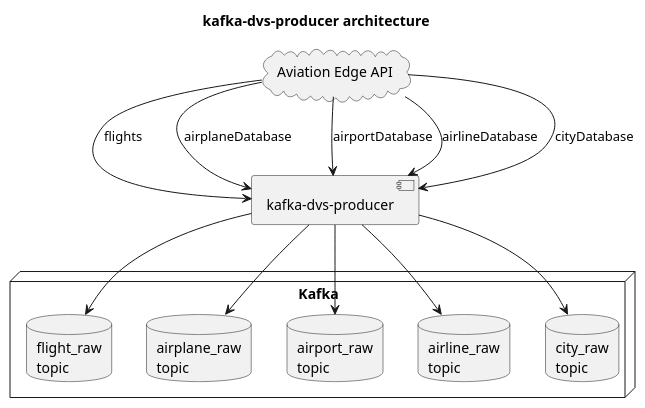
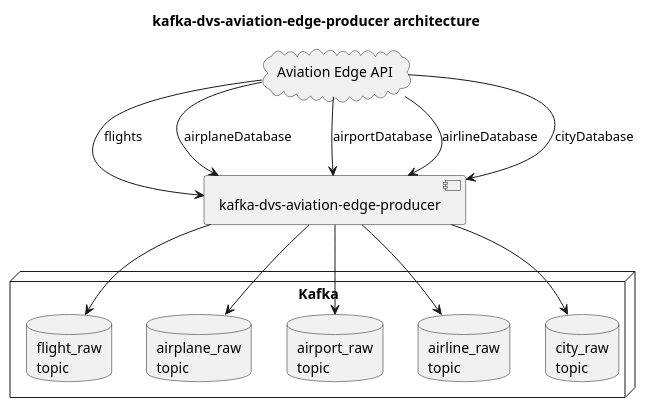
One commit to bitrockteam/kafka-dvs-aviation-edge-producer changed the diagram in docs/diagram.puml. Above: the diagram before and after it, drawn with PlantUML. The commit also changed 30 other files, not shown here.

```diff
--- a/docs/diagram.puml
+++ b/docs/diagram.puml
@@ -1,28 +1,28 @@
 @startuml
 
-title kafka-dvs-producer architecture
+title kafka-dvs-aviation-edge-producer architecture
 
 cloud "Aviation Edge API" as AE_API
 
-[kafka-dvs-producer] as Producer
+[kafka-dvs-aviation-edge-producer] as Producer
 
 node Kafka {
     database "flight_raw\ntopic" as RawFlightTopic
     database "airplane_raw\ntopic" as RawAirplaneTopic
     database "airport_raw\ntopic" as RawAirportTopic
     database "airline_raw\ntopic" as RawAirlineTopic
     database "city_raw\ntopic" as RawCityTopic
 }
 
 AE_API --> Producer : flights
 AE_API --> Producer : airplaneDatabase
 AE_API --> Producer : airportDatabase
 AE_API --> Producer : airlineDatabase
 AE_API --> Producer : cityDatabase
 Producer --> RawFlightTopic
 Producer --> RawAirplaneTopic
 Producer --> RawAirportTopic
 Producer --> RawAirlineTopic
 Producer --> RawCityTopic
 
 @enduml
```
